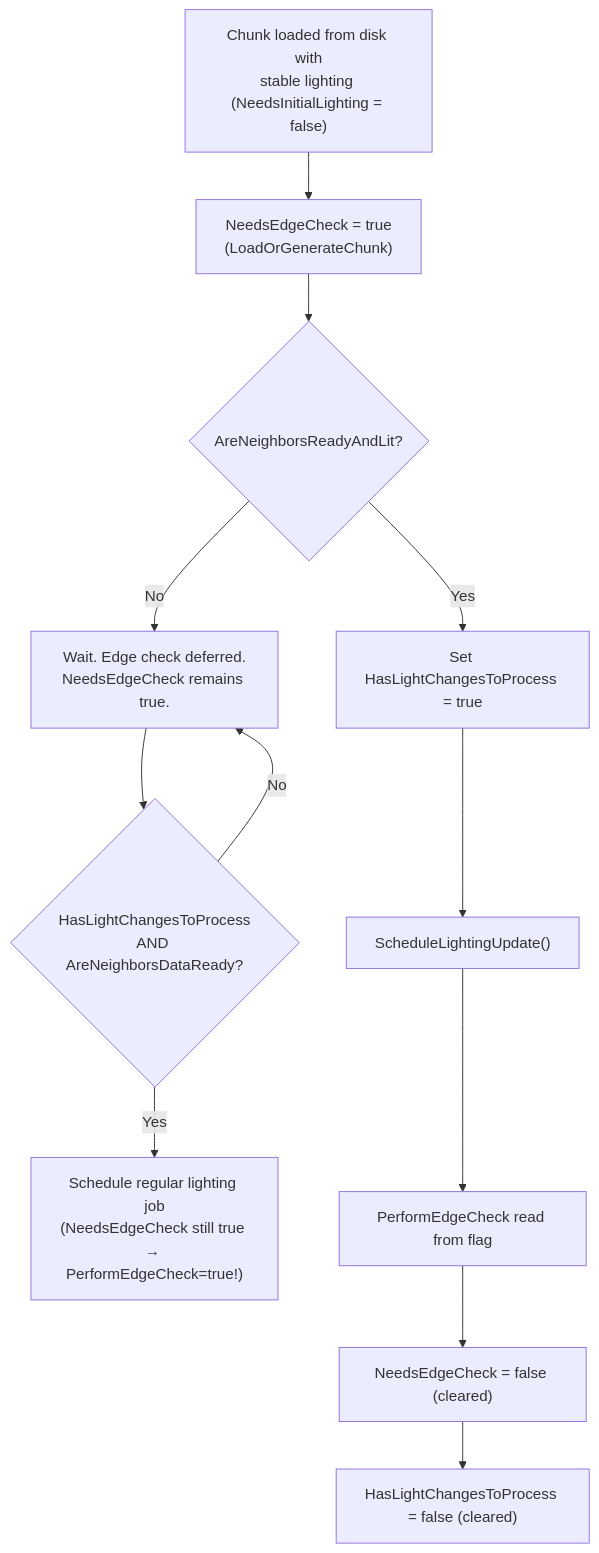
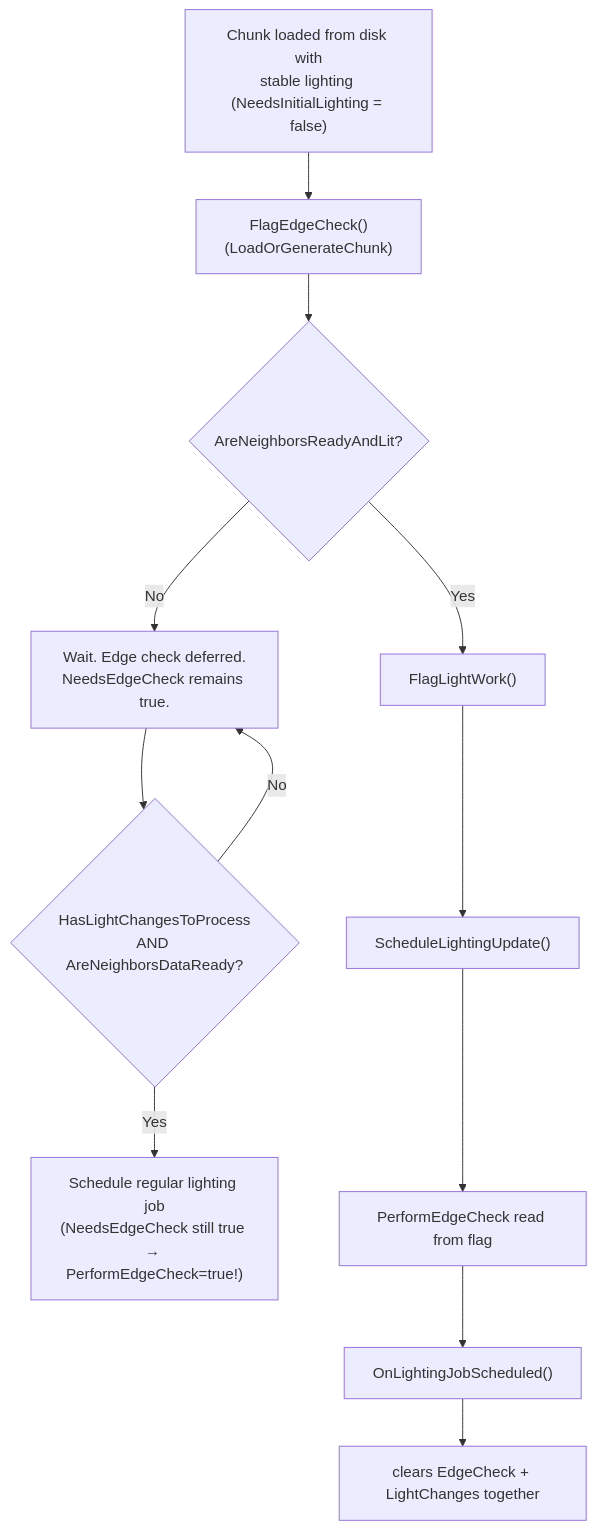
The seventh of 8 diagrams in Documentation/Architecture/CHUNK_LIFECYCLE_PIPELINE.md (A-Van-Gestel/Unity-Minecraft_Clone), drawn with Mermaid before and after one commit. The commit also changed other lines of this file and 120 other files, not shown here.

````diff
--- a/Documentation/Architecture/CHUNK_LIFECYCLE_PIPELINE.md
+++ b/Documentation/Architecture/CHUNK_LIFECYCLE_PIPELINE.md
@@ -628,14 +628,14 @@
 ```mermaid
 flowchart TD
-    E3["Chunk loaded from disk with<br/>stable lighting (NeedsInitialLighting = false)"] --> E4["NeedsEdgeCheck = true<br/>(LoadOrGenerateChunk)"]
+    E3["Chunk loaded from disk with<br/>stable lighting (NeedsInitialLighting = false)"] --> E4["FlagEdgeCheck()<br/>(LoadOrGenerateChunk)"]
     E4 --> E5{"AreNeighborsReadyAndLit?"}
     E5 -- No --> E6["Wait. Edge check deferred.<br/>NeedsEdgeCheck remains true."]
     E6 --> E7{"HasLightChangesToProcess<br/>AND AreNeighborsDataReady?"}
     E7 -- Yes --> E8["Schedule regular lighting job<br/>(NeedsEdgeCheck still true → PerformEdgeCheck=true!)"]
     E7 -- No --> E6
-    E5 -- Yes --> E9["Set HasLightChangesToProcess = true"]
+    E5 -- Yes --> E9["FlagLightWork()"]
     E9 --> E10["ScheduleLightingUpdate()"]
     E10 --> E11["PerformEdgeCheck read from flag"]
-    E11 --> E12["NeedsEdgeCheck = false (cleared)"]
-    E12 --> E13["HasLightChangesToProcess = false (cleared)"]
+    E11 --> E12["OnLightingJobScheduled()"]
+    E12 --> E13["clears EdgeCheck + LightChanges together"]
 ```
````
